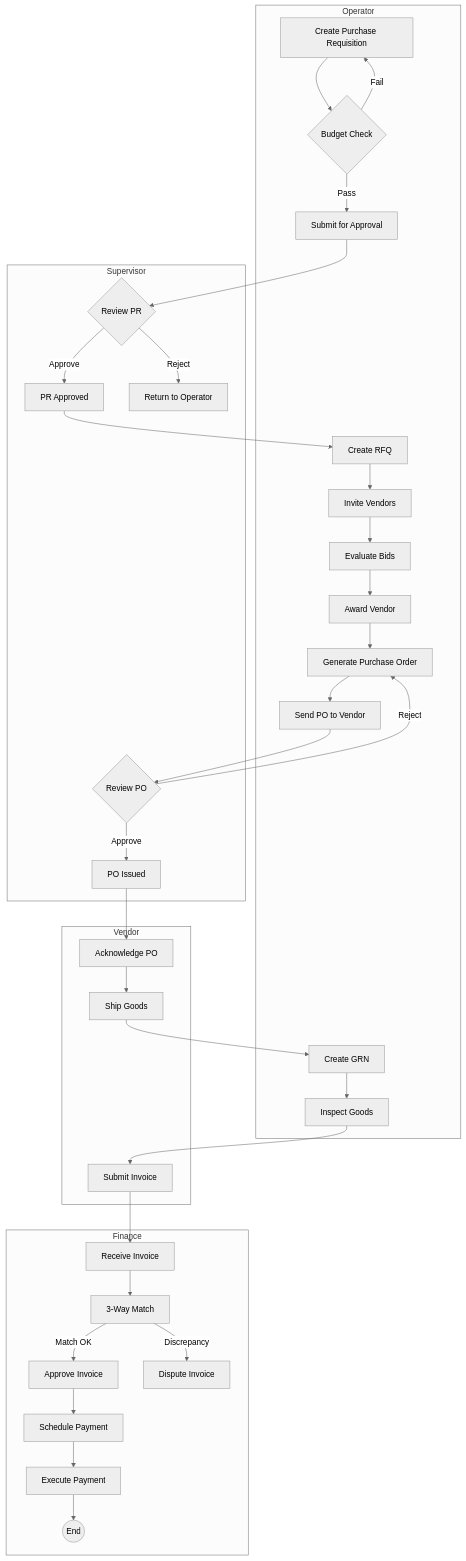
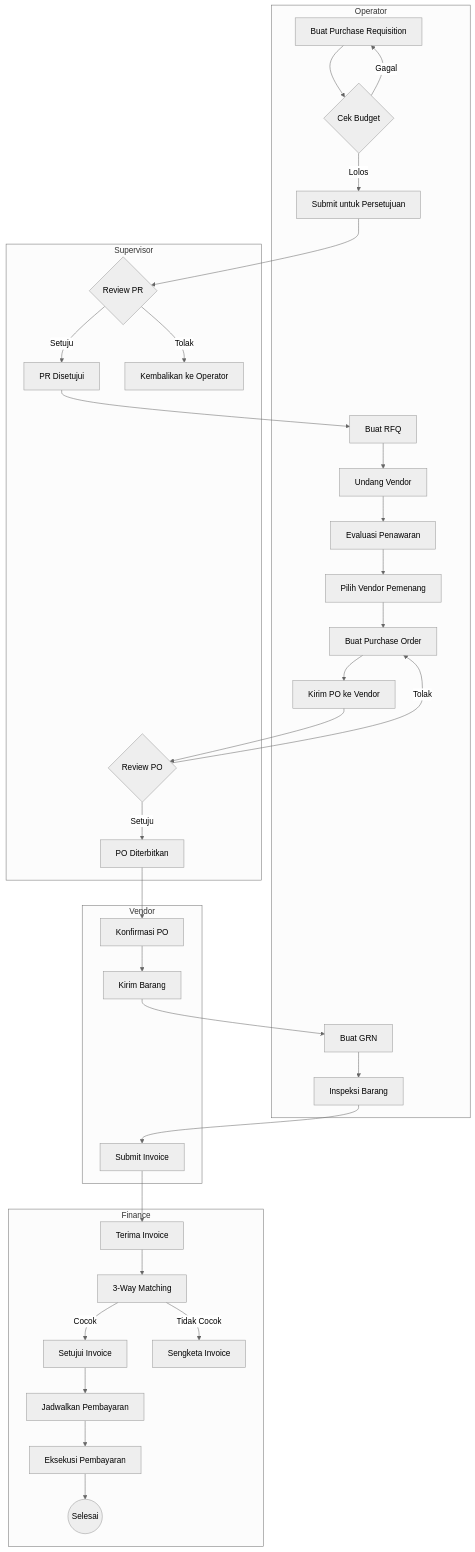
The first of 13 diagrams in system_design/BUSINESS_PROCESS_MODEL.md (Vencore-erp/documentation), drawn with Mermaid (neutral theme) before and after one commit. The commit also changed other lines of this file and 16 other files, not shown here.

````diff
--- a/system_design/BUSINESS_PROCESS_MODEL.md
+++ b/system_design/BUSINESS_PROCESS_MODEL.md
@@ -22,41 +22,41 @@
 ```mermaid
 flowchart TB
     subgraph Operator
-        A[Create Purchase Requisition] --> B{Budget Check}
-        B -->|Pass| C[Submit for Approval]
-        B -->|Fail| A
-        G[Create RFQ] --> H[Invite Vendors]
-        H --> I[Evaluate Bids]
-        I --> J[Award Vendor]
-        J --> K[Generate Purchase Order]
-        K --> L[Send PO to Vendor]
-        Q[Create GRN] --> R[Inspect Goods]
+        A[Buat Purchase Requisition] --> B{Cek Budget}
+        B -->|Lolos| C[Submit untuk Persetujuan]
+        B -->|Gagal| A
+        G[Buat RFQ] --> H[Undang Vendor]
+        H --> I[Evaluasi Penawaran]
+        I --> J[Pilih Vendor Pemenang]
+        J --> K[Buat Purchase Order]
+        K --> L[Kirim PO ke Vendor]
+        Q[Buat GRN] --> R[Inspeksi Barang]
     end
 
     subgraph Supervisor
         C --> D{Review PR}
-        D -->|Approve| E[PR Approved]
-        D -->|Reject| F[Return to Operator]
+        D -->|Setuju| E[PR Disetujui]
+        D -->|Tolak| F[Kembalikan ke Operator]
         E --> G
         L --> M{Review PO}
-        M -->|Approve| N[PO Issued]
-        M -->|Reject| K
+        M -->|Setuju| N[PO Diterbitkan]
+        M -->|Tolak| K
     end
 
     subgraph Vendor
-        N --> O[Acknowledge PO]
-        O --> P[Ship Goods]
+        N --> O[Konfirmasi PO]
+        O --> P[Kirim Barang]
         P --> Q
         R --> S[Submit Invoice]
     end
 
     subgraph Finance
-        S --> T[Receive Invoice]
-        T --> U[3-Way Match]
-        U -->|Match OK| V[Approve Invoice]
-        U -->|Discrepancy| W[Dispute Invoice]
-        V --> X[Schedule Payment]
-        X --> Y[Execute Payment]
-        Y --> Z((End))
+        S --> T[Terima Invoice]
+        T --> U[3-Way Matching]
+        U -->|Cocok| V[Setujui Invoice]
+        U -->|Tidak Cocok| W[Sengketa Invoice]
+        V --> X[Jadwalkan Pembayaran]
+        X --> Y[Eksekusi Pembayaran]
+        Y --> Z((Selesai))
     end
 ```
````
